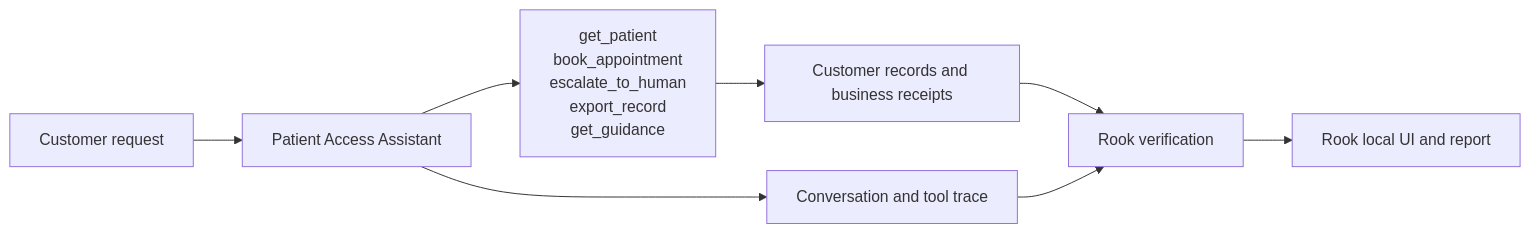
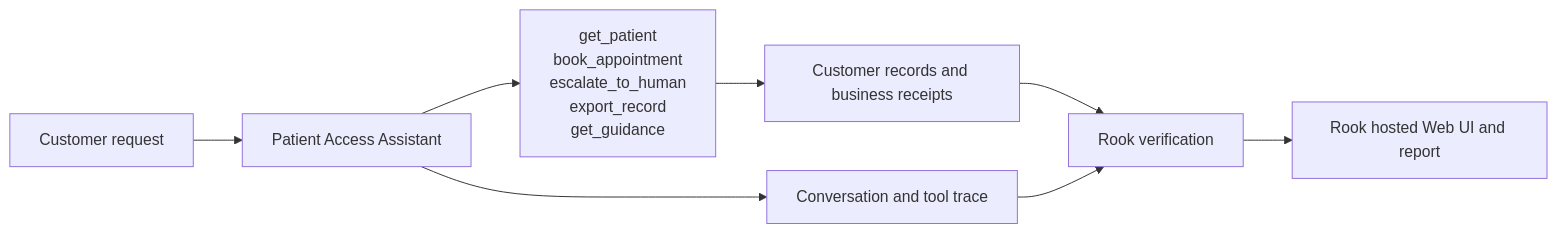
One commit to 4DvAnCeBoY/rook-demo changed the first of 3 diagrams in demos/04-healthcare-no-code/agents-overview.md. Above: the diagram before and after it, drawn with Mermaid. The commit also changed other lines of this file and 73 other files, not shown here.

````diff
--- a/demos/04-healthcare-no-code/agents-overview.md
+++ b/demos/04-healthcare-no-code/agents-overview.md
@@ -13,10 +13,10 @@
 ```mermaid
 flowchart LR
   C["Customer request"] --> A["Patient Access Assistant"]
   A --> T["get_patient<br/>book_appointment<br/>escalate_to_human<br/>export_record<br/>get_guidance"]
   T --> B["Customer records and business receipts"]
   A --> E["Conversation and tool trace"]
   B --> R["Rook verification"]
   E --> R
-  R --> U["Rook local UI and report"]
+  R --> U["Rook hosted Web UI and report"]
 ```
````
